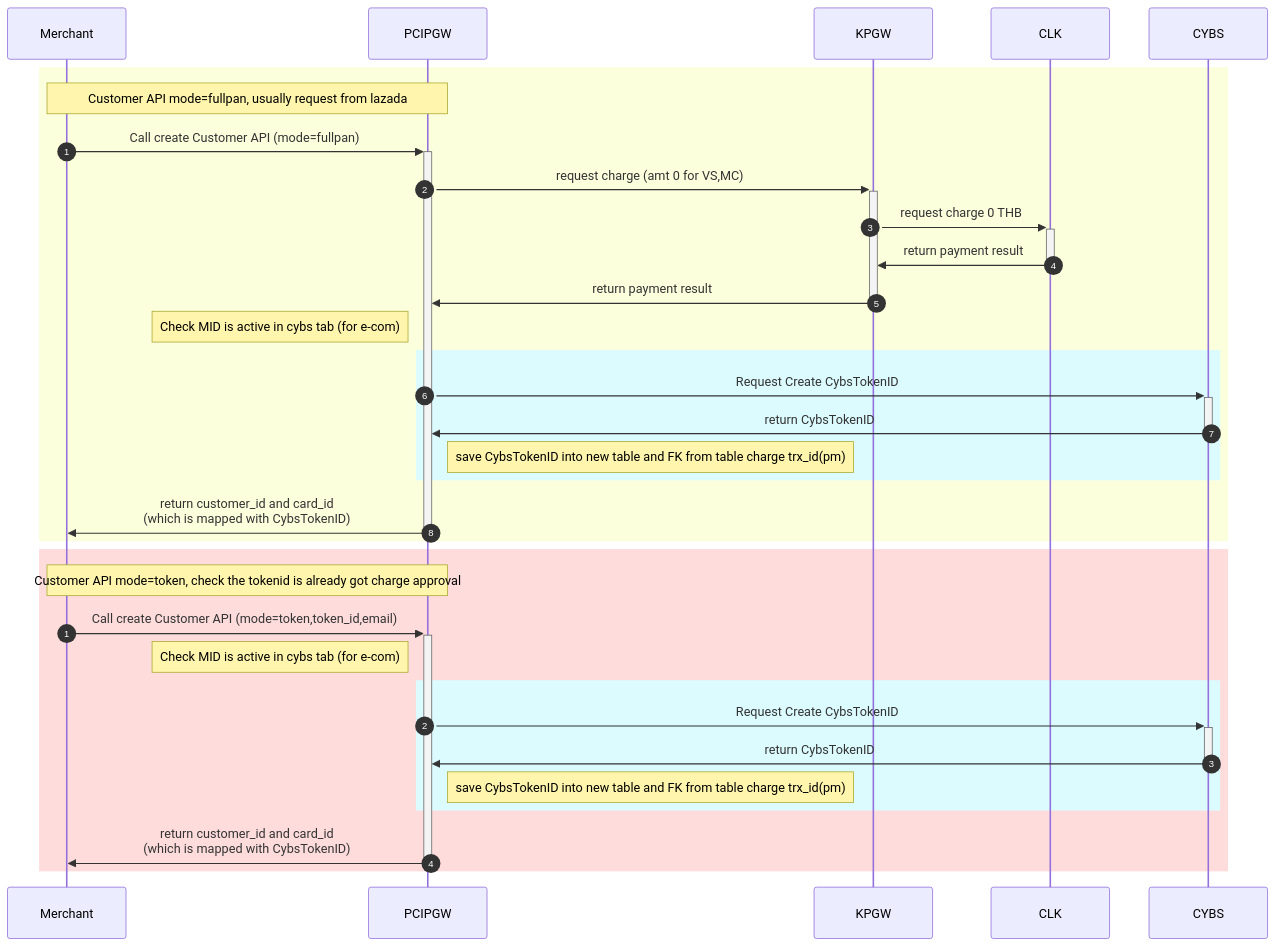
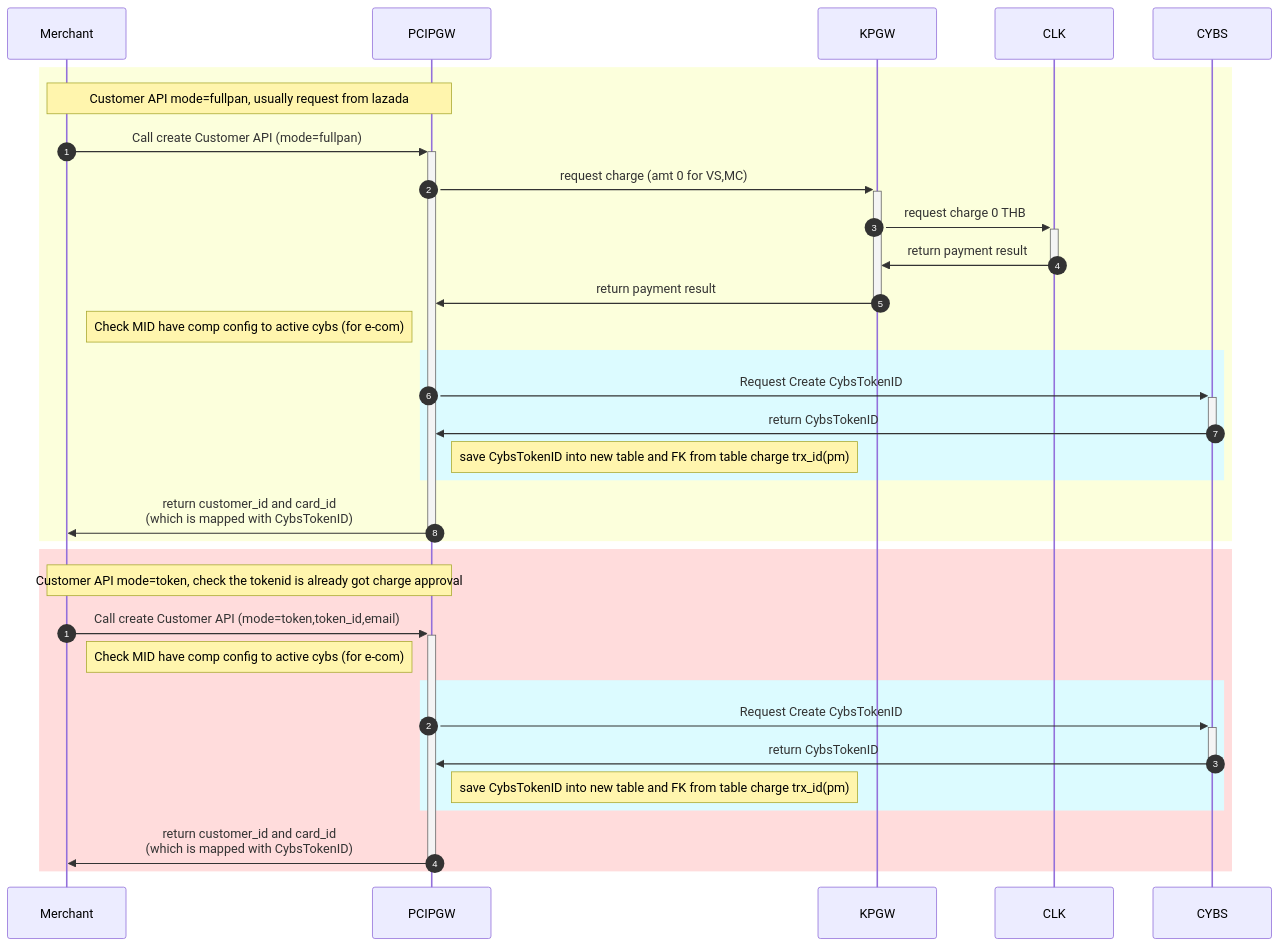
The eighth of 9 diagrams in Cybs-Ph2-Flow-new1.md (yuusuke25/MyNotes), drawn with Mermaid before and after one commit. The commit also changed other lines of this file, not shown here.

````diff
--- a/Cybs-Ph2-Flow-new1.md
+++ b/Cybs-Ph2-Flow-new1.md
@@ -257,32 +257,32 @@
 ```mermaid
     sequenceDiagram
         autonumber 1
         rect rgb(252, 255, 220)
             Note over Merchant,PCIPGW: Customer API mode=fullpan, usually request from lazada
             Merchant->>+PCIPGW:Call create Customer API (mode=fullpan)
             PCIPGW->>+KPGW:request charge (amt 0 for VS,MC)
             KPGW->>+CLK:request charge 0 THB
             CLK->>-KPGW:return payment result
             KPGW->>-PCIPGW:return payment result
-            Note left of PCIPGW: Check MID is active in cybs tab (for e-com)
+            Note left of PCIPGW: Check MID have comp config to active cybs (for e-com)
             rect rgb(220, 251, 255)
               PCIPGW->>+CYBS:Request Create CybsTokenID
               CYBS->>-PCIPGW:return CybsTokenID
               Note right of PCIPGW: save CybsTokenID into new table and FK from table charge trx_id(pm)
             end
             PCIPGW->>-Merchant:return customer_id and card_id<br>(which is mapped with CybsTokenID)
         end
         
         autonumber 1
         rect rgb(255, 220, 220)
         Note over Merchant,PCIPGW: Customer API mode=token, check the tokenid is already got charge approval
             Merchant->>+PCIPGW:Call create Customer API (mode=token,token_id,email)
-            Note left of PCIPGW: Check MID is active in cybs tab (for e-com)
+            Note left of PCIPGW: Check MID have comp config to active cybs (for e-com)
               rect rgb(220, 251, 255)
                   PCIPGW->>+CYBS:Request Create CybsTokenID
                   CYBS->>-PCIPGW:return CybsTokenID
                   Note right of PCIPGW: save CybsTokenID into new table and FK from table charge trx_id(pm)
               end
             PCIPGW->>-Merchant:return customer_id and card_id <br>(which is mapped with CybsTokenID)
         end
 ```
````
